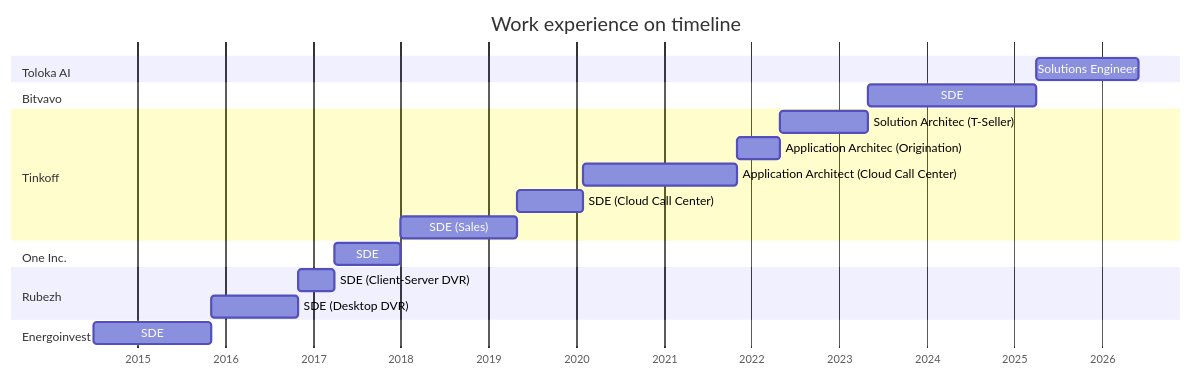
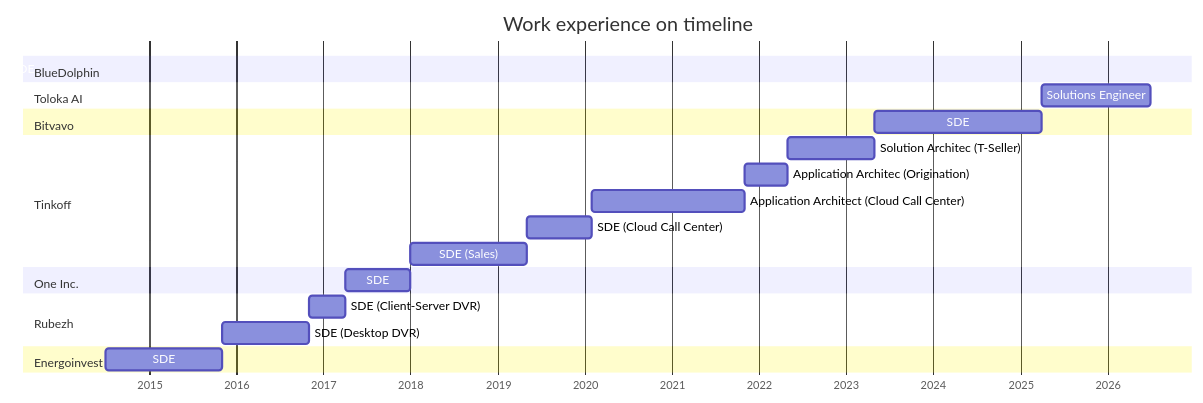
Before and after one commit to vladar107/vladar107: the diagram in cv.md, drawn with Mermaid. The commit also changed other lines of this file, not shown here.

Commit message:
Revise CV with new role and date adjustments
Updated work experience section to reflect new position at BlueDolphin and adjusted dates for previous roles.

````diff
--- a/cv.md
+++ b/cv.md
@@ -26,30 +26,33 @@
 ```mermaid
 gantt
     title Work experience on timeline
     dateFormat  YYYY-MM
     axisFormat  %Y
     todayMarker stroke-width:5px, opacity:0.75
 
+    section BlueDolphin
+    SDE                                 :sd8, after se1, 2026-12
+
     section Toloka AI
-    Solutions Engineer                  :se1, after sd7, 2026-06
+    Solutions Engineer                  :se1, after sd7, 2026-07
 
     section Bitvavo
     SDE                                 :sd7, after tl3, 2025-04
 
     section Tinkoff
-    Solution Architec (T-Seller)          :tl3, after tl2, 2023-05
+    Solution Architec (T-Seller)        :tl3, after tl2, 2023-05
     Application Architec (Origination)  :tl2, after tl1, 2022-05
     Application Architect (Cloud Call Center)    :tl1, after sd6, 2021-11
-    SDE (Cloud Call Center)                      :sd6, after sd5, 2020-02
+    SDE (Cloud Call Center)             :sd6, after sd5, 2020-02
     SDE (Sales)                         :sd5, after sd4, 2019-05
 
     section One Inc.
     SDE                                 :sd4, after sd3, 2018-01
 
     section Rubezh
     SDE (Client-Server DVR)             :sd3, after sd2, 2017-04
-    SDE (Desktop DVR)                :sd2, after sd1, 2016-11
+    SDE (Desktop DVR)                   :sd2, after sd1, 2016-11
 
     section Energoinvest
     SDE                                 :sd1, 2014-07, 2015-11
 ```
````
